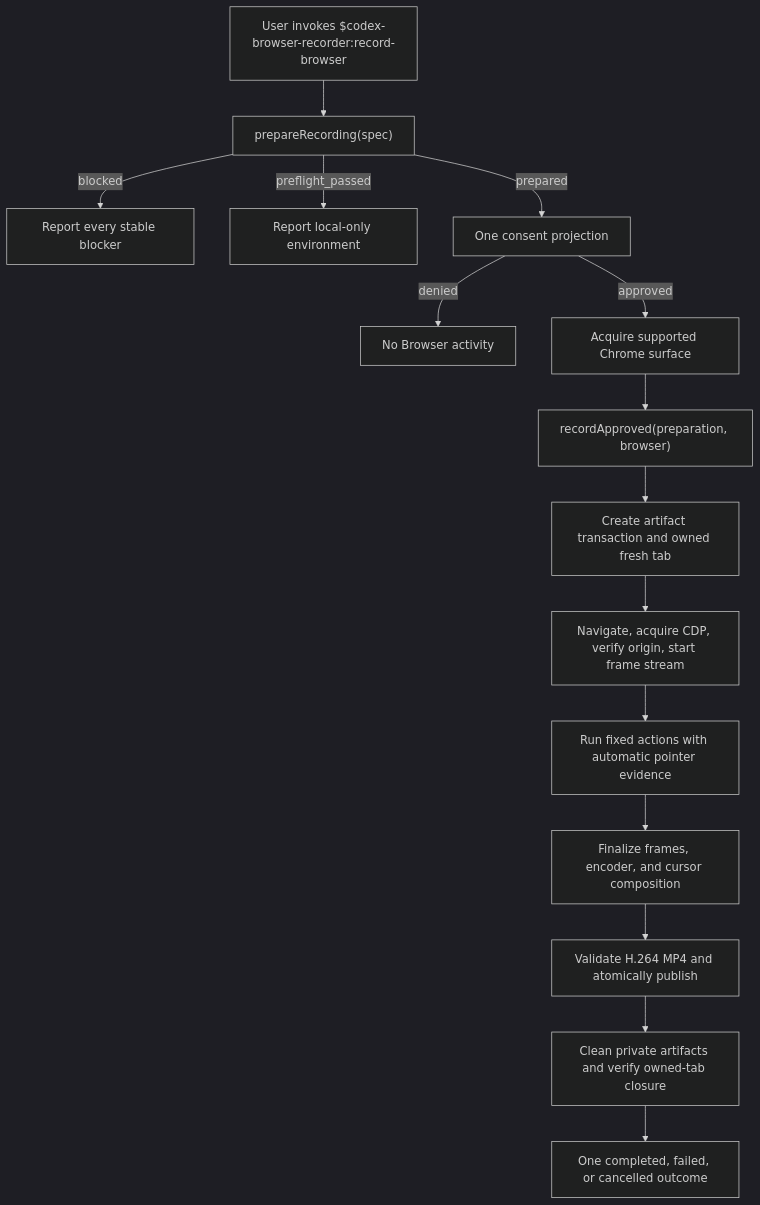
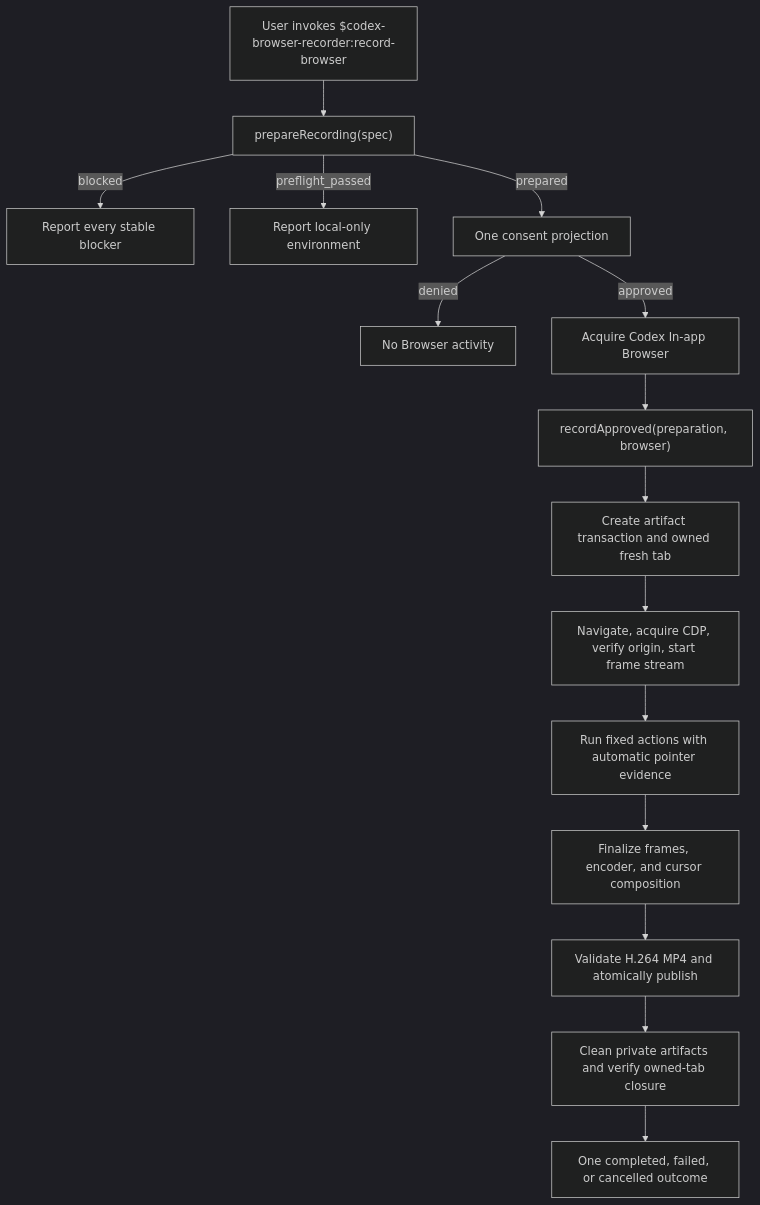
The diagram in docs/architecture.md (flsteven87/codex-browser-recorder), drawn with Mermaid (dark theme) before and after one commit. The commit also changed other lines of this file and 19 other files, not shown here.

First line of the commit message:
feat: use the Codex in-app Browser recording flow (#47)

````diff
--- a/docs/architecture.md
+++ b/docs/architecture.md
@@ -9,17 +9,17 @@
 ```mermaid
 flowchart TD
   U["User invokes $codex-browser-recorder:record-browser"] --> P["prepareRecording(spec)"]
   P -->|"blocked"| F["Report every stable blocker"]
   P -->|"preflight_passed"| L["Report local-only environment"]
   P -->|"prepared"| C["One consent projection"]
   C -->|"denied"| N["No Browser activity"]
-  C -->|"approved"| B["Acquire supported Chrome surface"]
+  C -->|"approved"| B["Acquire Codex In-app Browser"]
   B --> R["recordApproved(preparation, browser)"]
   R --> T["Create artifact transaction and owned fresh tab"]
   T --> S["Navigate, acquire CDP, verify origin, start frame stream"]
   S --> A["Run fixed actions with automatic pointer evidence"]
   A --> M["Finalize frames, encoder, and cursor composition"]
   M --> V["Validate H.264 MP4 and atomically publish"]
   V --> X["Clean private artifacts and verify owned-tab closure"]
   X --> O["One completed, failed, or cancelled outcome"]
 ```
````
